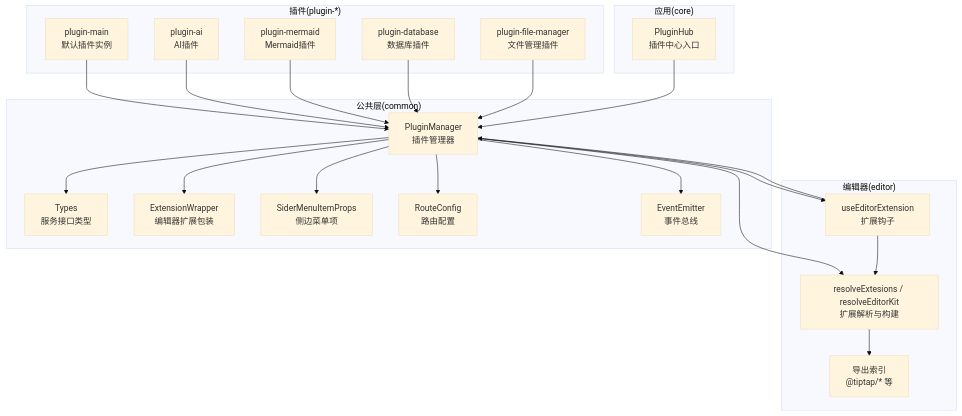
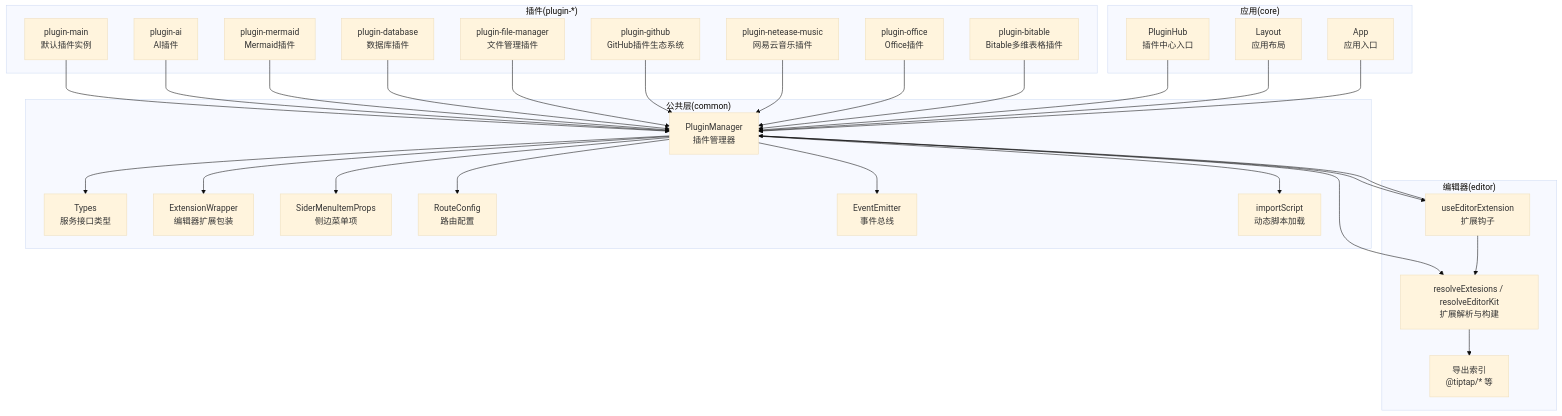
The first of 6 diagrams in .qoder/repowiki/zh/content/插件开发/插件开发.md (LRF0422/Kotion), drawn with Mermaid (base theme) before and after one commit. The commit also changed other lines of this file and 75 other files, not shown here.

````diff
--- a/.qoder/repowiki/zh/content/插件开发/插件开发.md
+++ b/.qoder/repowiki/zh/content/插件开发/插件开发.md
@@ -44,42 +69,56 @@
 ```mermaid
 graph TB
 subgraph "公共层(common)"
 PM["PluginManager<br/>插件管理器"]
 Types["Types<br/>服务接口类型"]
 EditorWrap["ExtensionWrapper<br/>编辑器扩展包装"]
 MenuCfg["SiderMenuItemProps<br/>侧边菜单项"]
 RouteCfg["RouteConfig<br/>路由配置"]
 Event["EventEmitter<br/>事件总线"]
+ImportUtil["importScript<br/>动态脚本加载"]
 end
 subgraph "编辑器(editor)"
 Kit["resolveExtesions / resolveEditorKit<br/>扩展解析与构建"]
 UseExt["useEditorExtension<br/>扩展钩子"]
 ExportIndex["导出索引<br/>@tiptap/* 等"]
 end
 subgraph "插件(plugin-*)"
 Main["plugin-main<br/>默认插件实例"]
 AI["plugin-ai<br/>AI插件"]
 Mermaid["plugin-mermaid<br/>Mermaid插件"]
 DB["plugin-database<br/>数据库插件"]
 FM["plugin-file-manager<br/>文件管理插件"]
+GitHub["plugin-github<br/>GitHub插件生态系统"]
+NetEase["plugin-netease-music<br/>网易云音乐插件"]
+Office["plugin-office<br/>Office插件"]
+Bitable["plugin-bitable<br/>Bitable多维表格插件"]
 end
 subgraph "应用(core)"
 Hub["PluginHub<br/>插件中心入口"]
+Layout["Layout<br/>应用布局"]
+App["App<br/>应用入口"]
 end
 PM --> Kit
 PM --> UseExt
 PM --> Event
 PM --> Types
 PM --> EditorWrap
 PM --> MenuCfg
 PM --> RouteCfg
+PM --> ImportUtil
 Kit --> ExportIndex
 UseExt --> Kit
 UseExt --> PM
 Main --> PM
 AI --> PM
 Mermaid --> PM
 DB --> PM
 FM --> PM
+GitHub --> PM
+NetEase --> PM
+Office --> PM
+Bitable --> PM
 Hub --> PM
+Layout --> PM
+App --> PM
 ```
````
